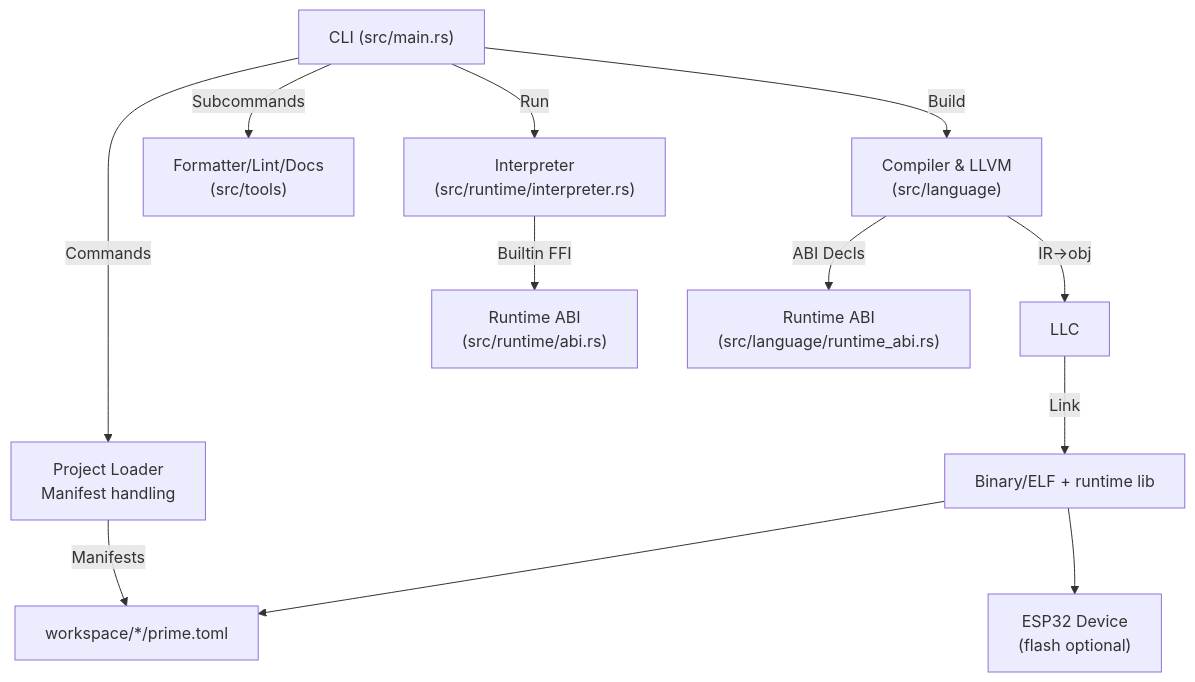
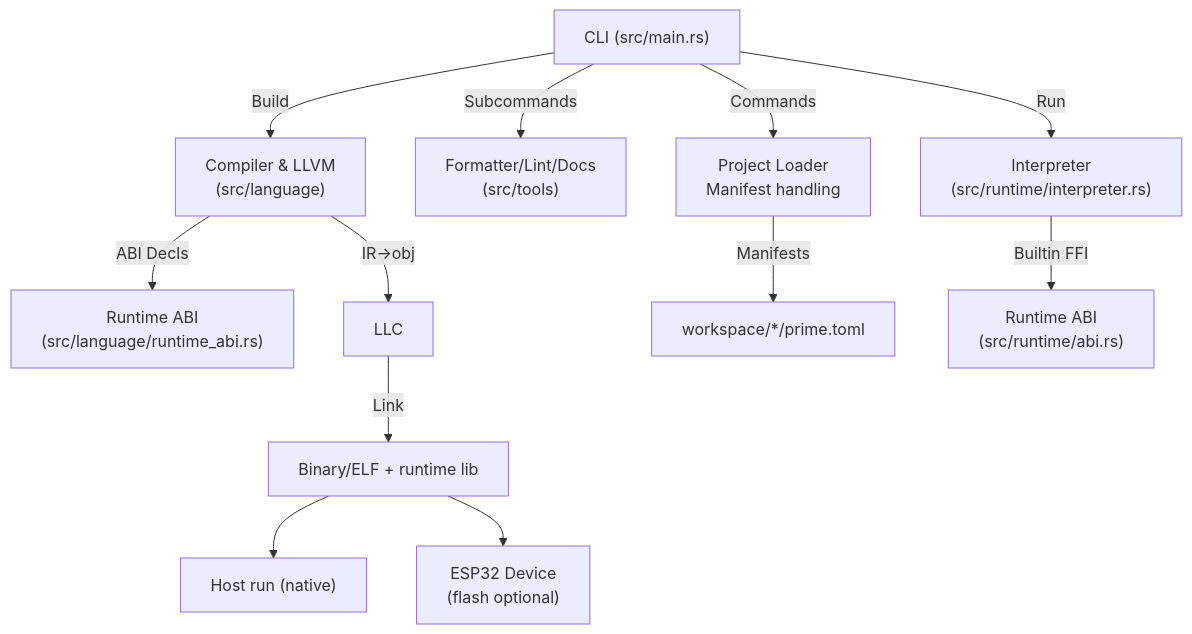
One commit to ASoldo/prime-lang changed the first of 5 diagrams in docs/Architecture.md. Above: the diagram before and after it, drawn with Mermaid.

````diff
--- a/docs/Architecture.md
+++ b/docs/Architecture.md
@@ -7,14 +7,14 @@
 ```mermaid
 graph TD
   A["CLI (src/main.rs)"] -->|Commands| B["Project Loader<br/>Manifest handling"]
   A -->|Subcommands| C["Formatter/Lint/Docs<br/>(src/tools)"]
   A -->|Run| D["Interpreter<br/>(src/runtime/interpreter.rs)"]
   A -->|Build| E["Compiler & LLVM<br/>(src/language)"]
   E -->|ABI Decls| F["Runtime ABI<br/>(src/language/runtime_abi.rs)"]
   E -->|IR-&gt;obj| G["LLC"]
   G -->|Link| H["Binary/ELF + runtime lib"]
   H --> J["Host run (native)"]
   H --> I["ESP32 Device<br/>(flash optional)"]
-  B -->|Manifests| J["workspace/*/prime.toml"]
+  B -->|Manifests| W["workspace/*/prime.toml"]
   D -->|Builtin FFI| K["Runtime ABI<br/>(src/runtime/abi.rs)"]
 ```
````
